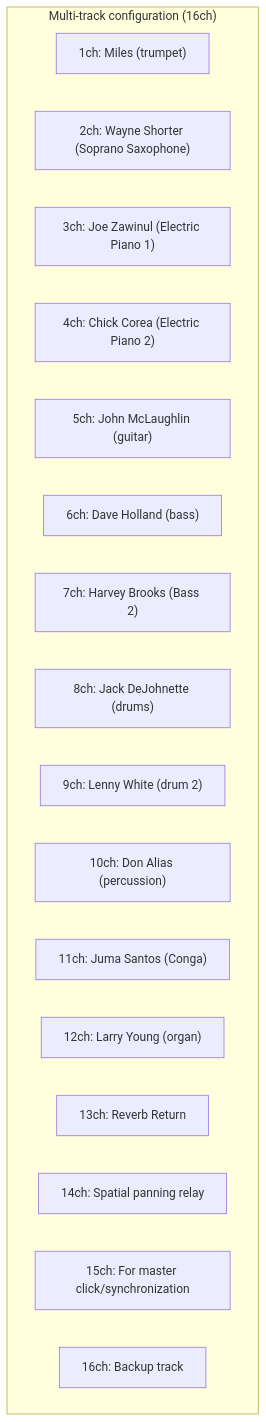
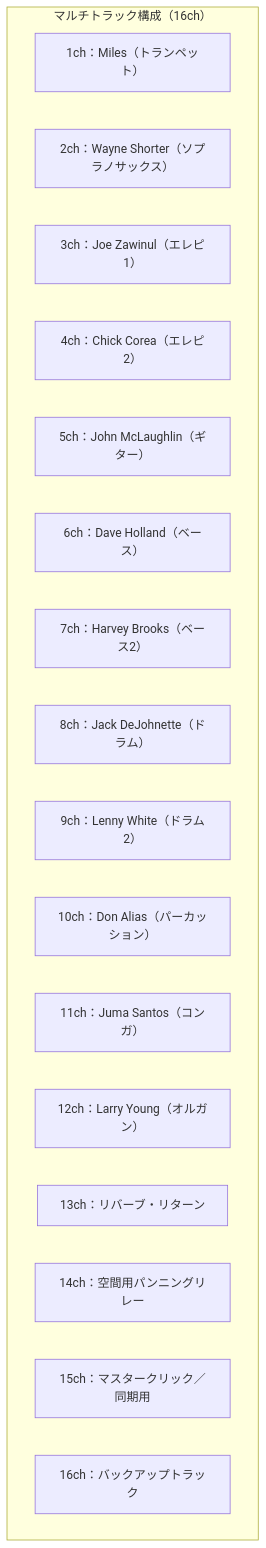
One commit to monumental-movement/monumental-movement.github.io changed the seventh of 12 diagrams in en/_posts/2025-10-28-column-macero-miles.md. Above: the diagram before and after it, drawn with Mermaid. The commit also changed other lines of this file and 211 other files, not shown here.

```diff
--- a/en/_posts/2025-10-28-column-macero-miles.md
+++ b/en/_posts/2025-10-28-column-macero-miles.md
@@ -316,23 +316,23 @@
 <div class="mermaid">
 
 graph TD
-subgraph Tapes["Multi-track configuration (16ch)"]
-T1["1ch: Miles (trumpet)"]
-T2["2ch: Wayne Shorter (Soprano Saxophone)"]
-T3["3ch: Joe Zawinul (Electric Piano 1)"]
-T4["4ch: Chick Corea (Electric Piano 2)"]
-T5["5ch: John McLaughlin (guitar)"]
-T6["6ch: Dave Holland (bass)"]
-T7["7ch: Harvey Brooks (Bass 2)"]
-T8["8ch: Jack DeJohnette (drums)"]
-T9["9ch: Lenny White (drum 2)"]
-T10["10ch: Don Alias ​​(percussion)"]
-T11["11ch: Juma Santos (Conga)"]
-T12["12ch: Larry Young (organ)"]
-T13["13ch: Reverb Return"]
-T14["14ch: Spatial panning relay"]
-T15["15ch: For master click/synchronization"]
-T16["16ch: Backup track"]
-end
+    subgraph Tapes["マルチトラック構成（16ch）"]
+        T1["1ch：Miles（トランペット）"]
+        T2["2ch：Wayne Shorter（ソプラノサックス）"]
+        T3["3ch：Joe Zawinul（エレピ1）"]
+        T4["4ch：Chick Corea（エレピ2）"]
+        T5["5ch：John McLaughlin（ギター）"]
+        T6["6ch：Dave Holland（ベース）"]
+        T7["7ch：Harvey Brooks（ベース2）"]
+        T8["8ch：Jack DeJohnette（ドラム）"]
+        T9["9ch：Lenny White（ドラム2）"]
+        T10["10ch：Don Alias（パーカッション）"]
+        T11["11ch：Juma Santos（コンガ）"]
+        T12["12ch：Larry Young（オルガン）"]
+        T13["13ch：リバーブ・リターン"]
+        T14["14ch：空間用パンニングリレー"]
+        T15["15ch：マスタークリック／同期用"]
+        T16["16ch：バックアップトラック"]
+    end
 
 </div>
```
